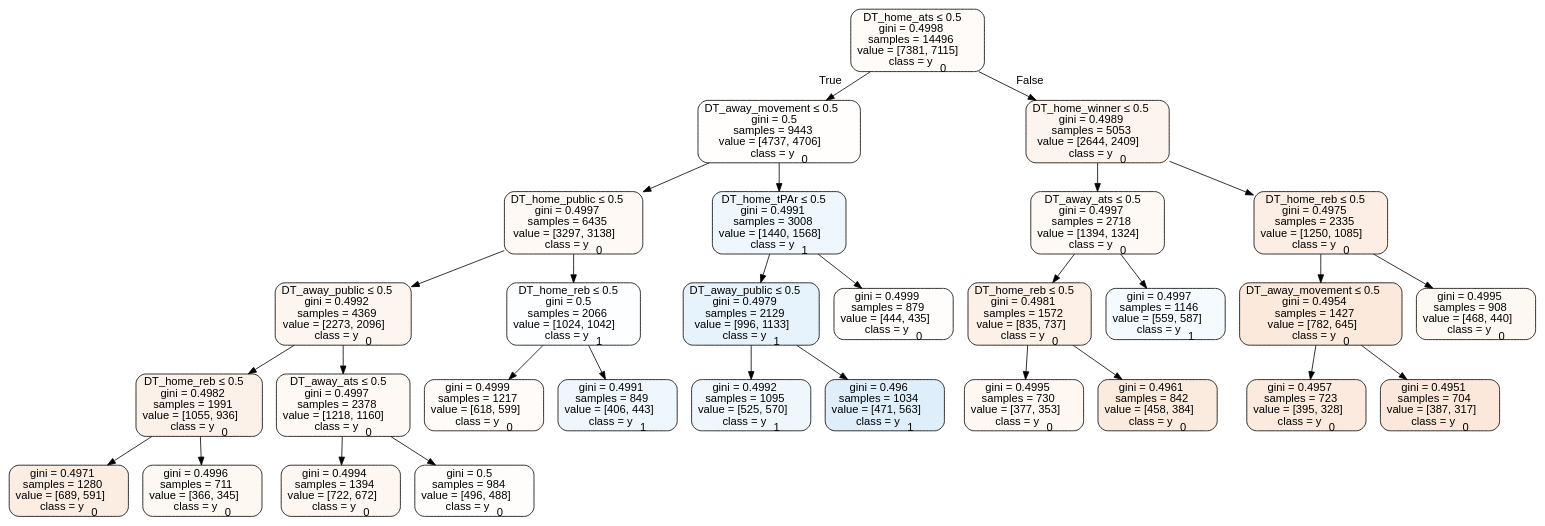
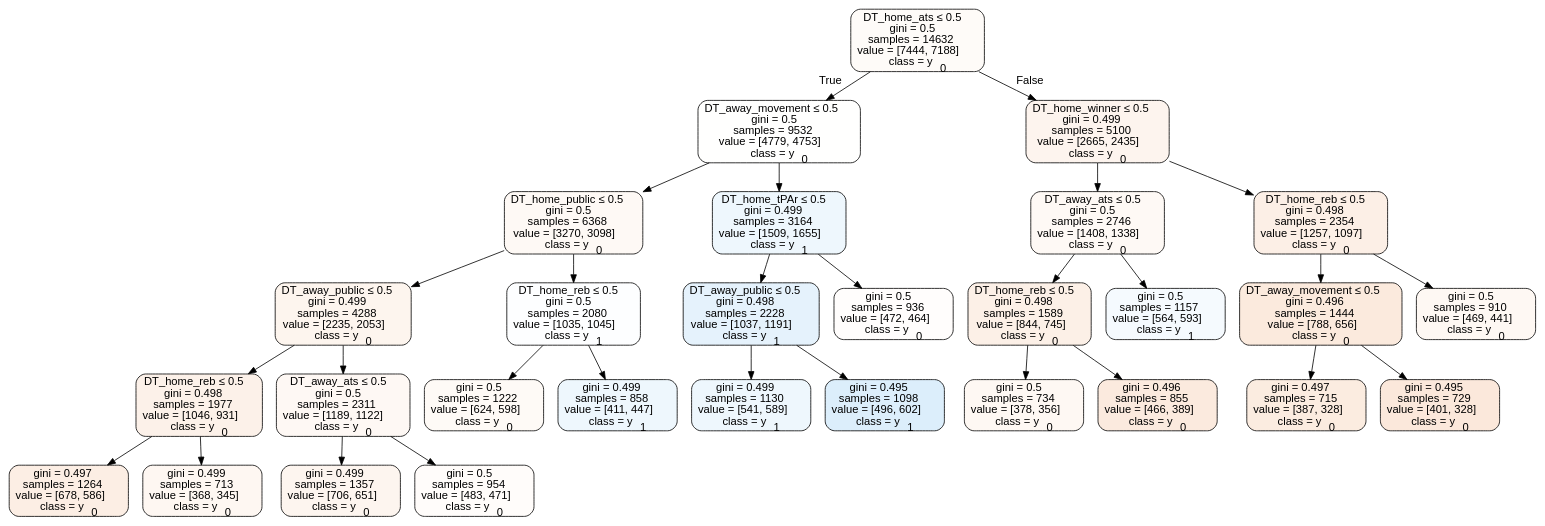
Before and after one commit to usbogie/ncaa-bets: the diagram in Basketball/data/trees/tree2012home.dot, drawn with Graphviz. The commit also changed 26 other files, not shown here.

```diff
--- a/Basketball/data/trees/tree2012home.dot
+++ b/Basketball/data/trees/tree2012home.dot
@@ -1,61 +1,61 @@
 digraph Tree {
 node [shape=box, style="filled, rounded", color="black", fontname=helvetica] ;
 edge [fontname=helvetica] ;
-0 [label=<DT_home_ats &le; 0.5<br/>gini = 0.4998<br/>samples = 14496<br/>value = [7381, 7115]<br/>class = y<SUB>0</SUB>>, fillcolor="#e5813909"] ;
-1 [label=<DT_away_movement &le; 0.5<br/>gini = 0.5<br/>samples = 9443<br/>value = [4737, 4706]<br/>class = y<SUB>0</SUB>>, fillcolor="#e5813902"] ;
+0 [label=<DT_home_ats &le; 0.5<br/>gini = 0.5<br/>samples = 14632<br/>value = [7444, 7188]<br/>class = y<SUB>0</SUB>>, fillcolor="#e5813909"] ;
+1 [label=<DT_away_movement &le; 0.5<br/>gini = 0.5<br/>samples = 9532<br/>value = [4779, 4753]<br/>class = y<SUB>0</SUB>>, fillcolor="#e5813901"] ;
 0 -> 1 [labeldistance=2.5, labelangle=45, headlabel="True"] ;
-2 [label=<DT_home_public &le; 0.5<br/>gini = 0.4997<br/>samples = 6435<br/>value = [3297, 3138]<br/>class = y<SUB>0</SUB>>, fillcolor="#e581390c"] ;
+2 [label=<DT_home_public &le; 0.5<br/>gini = 0.5<br/>samples = 6368<br/>value = [3270, 3098]<br/>class = y<SUB>0</SUB>>, fillcolor="#e581390d"] ;
 1 -> 2 ;
-3 [label=<DT_away_public &le; 0.5<br/>gini = 0.4992<br/>samples = 4369<br/>value = [2273, 2096]<br/>class = y<SUB>0</SUB>>, fillcolor="#e5813914"] ;
+3 [label=<DT_away_public &le; 0.5<br/>gini = 0.499<br/>samples = 4288<br/>value = [2235, 2053]<br/>class = y<SUB>0</SUB>>, fillcolor="#e5813915"] ;
 2 -> 3 ;
-4 [label=<DT_home_reb &le; 0.5<br/>gini = 0.4982<br/>samples = 1991<br/>value = [1055, 936]<br/>class = y<SUB>0</SUB>>, fillcolor="#e581391d"] ;
+4 [label=<DT_home_reb &le; 0.5<br/>gini = 0.498<br/>samples = 1977<br/>value = [1046, 931]<br/>class = y<SUB>0</SUB>>, fillcolor="#e581391c"] ;
 3 -> 4 ;
-5 [label=<gini = 0.4971<br/>samples = 1280<br/>value = [689, 591]<br/>class = y<SUB>0</SUB>>, fillcolor="#e5813924"] ;
+5 [label=<gini = 0.497<br/>samples = 1264<br/>value = [678, 586]<br/>class = y<SUB>0</SUB>>, fillcolor="#e5813923"] ;
 4 -> 5 ;
-6 [label=<gini = 0.4996<br/>samples = 711<br/>value = [366, 345]<br/>class = y<SUB>0</SUB>>, fillcolor="#e581390f"] ;
+6 [label=<gini = 0.499<br/>samples = 713<br/>value = [368, 345]<br/>class = y<SUB>0</SUB>>, fillcolor="#e5813910"] ;
 4 -> 6 ;
-7 [label=<DT_away_ats &le; 0.5<br/>gini = 0.4997<br/>samples = 2378<br/>value = [1218, 1160]<br/>class = y<SUB>0</SUB>>, fillcolor="#e581390c"] ;
+7 [label=<DT_away_ats &le; 0.5<br/>gini = 0.5<br/>samples = 2311<br/>value = [1189, 1122]<br/>class = y<SUB>0</SUB>>, fillcolor="#e581390e"] ;
 3 -> 7 ;
-8 [label=<gini = 0.4994<br/>samples = 1394<br/>value = [722, 672]<br/>class = y<SUB>0</SUB>>, fillcolor="#e5813912"] ;
+8 [label=<gini = 0.499<br/>samples = 1357<br/>value = [706, 651]<br/>class = y<SUB>0</SUB>>, fillcolor="#e5813914"] ;
 7 -> 8 ;
-9 [label=<gini = 0.5<br/>samples = 984<br/>value = [496, 488]<br/>class = y<SUB>0</SUB>>, fillcolor="#e5813904"] ;
+9 [label=<gini = 0.5<br/>samples = 954<br/>value = [483, 471]<br/>class = y<SUB>0</SUB>>, fillcolor="#e5813906"] ;
 7 -> 9 ;
-10 [label=<DT_home_reb &le; 0.5<br/>gini = 0.5<br/>samples = 2066<br/>value = [1024, 1042]<br/>class = y<SUB>1</SUB>>, fillcolor="#399de504"] ;
+10 [label=<DT_home_reb &le; 0.5<br/>gini = 0.5<br/>samples = 2080<br/>value = [1035, 1045]<br/>class = y<SUB>1</SUB>>, fillcolor="#399de502"] ;
 2 -> 10 ;
-11 [label=<gini = 0.4999<br/>samples = 1217<br/>value = [618, 599]<br/>class = y<SUB>0</SUB>>, fillcolor="#e5813908"] ;
+11 [label=<gini = 0.5<br/>samples = 1222<br/>value = [624, 598]<br/>class = y<SUB>0</SUB>>, fillcolor="#e581390b"] ;
 10 -> 11 ;
-12 [label=<gini = 0.4991<br/>samples = 849<br/>value = [406, 443]<br/>class = y<SUB>1</SUB>>, fillcolor="#399de515"] ;
+12 [label=<gini = 0.499<br/>samples = 858<br/>value = [411, 447]<br/>class = y<SUB>1</SUB>>, fillcolor="#399de515"] ;
 10 -> 12 ;
-13 [label=<DT_home_tPAr &le; 0.5<br/>gini = 0.4991<br/>samples = 3008<br/>value = [1440, 1568]<br/>class = y<SUB>1</SUB>>, fillcolor="#399de515"] ;
+13 [label=<DT_home_tPAr &le; 0.5<br/>gini = 0.499<br/>samples = 3164<br/>value = [1509, 1655]<br/>class = y<SUB>1</SUB>>, fillcolor="#399de516"] ;
 1 -> 13 ;
-14 [label=<DT_away_public &le; 0.5<br/>gini = 0.4979<br/>samples = 2129<br/>value = [996, 1133]<br/>class = y<SUB>1</SUB>>, fillcolor="#399de51f"] ;
+14 [label=<DT_away_public &le; 0.5<br/>gini = 0.498<br/>samples = 2228<br/>value = [1037, 1191]<br/>class = y<SUB>1</SUB>>, fillcolor="#399de521"] ;
 13 -> 14 ;
-15 [label=<gini = 0.4992<br/>samples = 1095<br/>value = [525, 570]<br/>class = y<SUB>1</SUB>>, fillcolor="#399de514"] ;
+15 [label=<gini = 0.499<br/>samples = 1130<br/>value = [541, 589]<br/>class = y<SUB>1</SUB>>, fillcolor="#399de515"] ;
 14 -> 15 ;
-16 [label=<gini = 0.496<br/>samples = 1034<br/>value = [471, 563]<br/>class = y<SUB>1</SUB>>, fillcolor="#399de52a"] ;
+16 [label=<gini = 0.495<br/>samples = 1098<br/>value = [496, 602]<br/>class = y<SUB>1</SUB>>, fillcolor="#399de52d"] ;
 14 -> 16 ;
-17 [label=<gini = 0.4999<br/>samples = 879<br/>value = [444, 435]<br/>class = y<SUB>0</SUB>>, fillcolor="#e5813905"] ;
+17 [label=<gini = 0.5<br/>samples = 936<br/>value = [472, 464]<br/>class = y<SUB>0</SUB>>, fillcolor="#e5813904"] ;
 13 -> 17 ;
-18 [label=<DT_home_winner &le; 0.5<br/>gini = 0.4989<br/>samples = 5053<br/>value = [2644, 2409]<br/>class = y<SUB>0</SUB>>, fillcolor="#e5813917"] ;
+18 [label=<DT_home_winner &le; 0.5<br/>gini = 0.499<br/>samples = 5100<br/>value = [2665, 2435]<br/>class = y<SUB>0</SUB>>, fillcolor="#e5813916"] ;
 0 -> 18 [labeldistance=2.5, labelangle=-45, headlabel="False"] ;
-19 [label=<DT_away_ats &le; 0.5<br/>gini = 0.4997<br/>samples = 2718<br/>value = [1394, 1324]<br/>class = y<SUB>0</SUB>>, fillcolor="#e581390d"] ;
+19 [label=<DT_away_ats &le; 0.5<br/>gini = 0.5<br/>samples = 2746<br/>value = [1408, 1338]<br/>class = y<SUB>0</SUB>>, fillcolor="#e581390d"] ;
 18 -> 19 ;
-20 [label=<DT_home_reb &le; 0.5<br/>gini = 0.4981<br/>samples = 1572<br/>value = [835, 737]<br/>class = y<SUB>0</SUB>>, fillcolor="#e581391e"] ;
+20 [label=<DT_home_reb &le; 0.5<br/>gini = 0.498<br/>samples = 1589<br/>value = [844, 745]<br/>class = y<SUB>0</SUB>>, fillcolor="#e581391e"] ;
 19 -> 20 ;
-21 [label=<gini = 0.4995<br/>samples = 730<br/>value = [377, 353]<br/>class = y<SUB>0</SUB>>, fillcolor="#e5813910"] ;
+21 [label=<gini = 0.5<br/>samples = 734<br/>value = [378, 356]<br/>class = y<SUB>0</SUB>>, fillcolor="#e581390f"] ;
 20 -> 21 ;
-22 [label=<gini = 0.4961<br/>samples = 842<br/>value = [458, 384]<br/>class = y<SUB>0</SUB>>, fillcolor="#e5813929"] ;
+22 [label=<gini = 0.496<br/>samples = 855<br/>value = [466, 389]<br/>class = y<SUB>0</SUB>>, fillcolor="#e581392a"] ;
 20 -> 22 ;
-23 [label=<gini = 0.4997<br/>samples = 1146<br/>value = [559, 587]<br/>class = y<SUB>1</SUB>>, fillcolor="#399de50c"] ;
+23 [label=<gini = 0.5<br/>samples = 1157<br/>value = [564, 593]<br/>class = y<SUB>1</SUB>>, fillcolor="#399de50c"] ;
 19 -> 23 ;
-24 [label=<DT_home_reb &le; 0.5<br/>gini = 0.4975<br/>samples = 2335<br/>value = [1250, 1085]<br/>class = y<SUB>0</SUB>>, fillcolor="#e5813922"] ;
+24 [label=<DT_home_reb &le; 0.5<br/>gini = 0.498<br/>samples = 2354<br/>value = [1257, 1097]<br/>class = y<SUB>0</SUB>>, fillcolor="#e5813920"] ;
 18 -> 24 ;
-25 [label=<DT_away_movement &le; 0.5<br/>gini = 0.4954<br/>samples = 1427<br/>value = [782, 645]<br/>class = y<SUB>0</SUB>>, fillcolor="#e581392d"] ;
+25 [label=<DT_away_movement &le; 0.5<br/>gini = 0.496<br/>samples = 1444<br/>value = [788, 656]<br/>class = y<SUB>0</SUB>>, fillcolor="#e581392b"] ;
 24 -> 25 ;
-26 [label=<gini = 0.4957<br/>samples = 723<br/>value = [395, 328]<br/>class = y<SUB>0</SUB>>, fillcolor="#e581392b"] ;
+26 [label=<gini = 0.497<br/>samples = 715<br/>value = [387, 328]<br/>class = y<SUB>0</SUB>>, fillcolor="#e5813927"] ;
 25 -> 26 ;
-27 [label=<gini = 0.4951<br/>samples = 704<br/>value = [387, 317]<br/>class = y<SUB>0</SUB>>, fillcolor="#e581392e"] ;
+27 [label=<gini = 0.495<br/>samples = 729<br/>value = [401, 328]<br/>class = y<SUB>0</SUB>>, fillcolor="#e581392e"] ;
 25 -> 27 ;
-28 [label=<gini = 0.4995<br/>samples = 908<br/>value = [468, 440]<br/>class = y<SUB>0</SUB>>, fillcolor="#e581390f"] ;
+28 [label=<gini = 0.5<br/>samples = 910<br/>value = [469, 441]<br/>class = y<SUB>0</SUB>>, fillcolor="#e581390f"] ;
 24 -> 28 ;
 }
```
